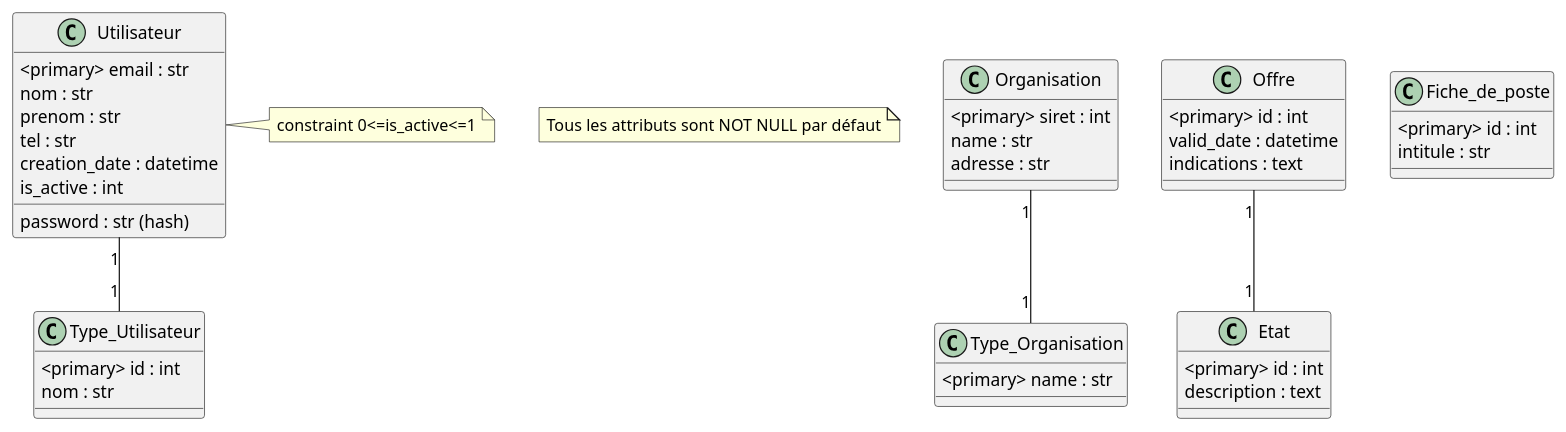
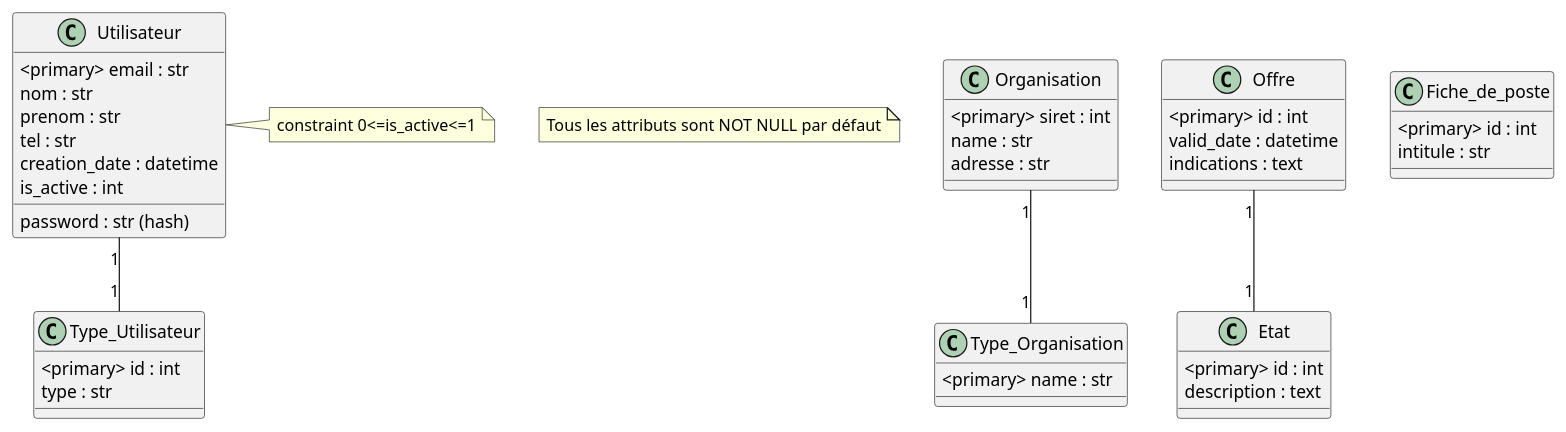
Before and after one commit to alexandreeberhardt/SR10_Website: the diagram in TD1/UML.puml, drawn with PlantUML. The commit also changed 1 other file, not shown here.

```diff
--- a/TD1/UML.puml
+++ b/TD1/UML.puml
@@ -1,54 +1,54 @@
 @startuml
 note "Tous les attributs sont NOT NULL par défaut" as note
 
 
 class Type_Utilisateur{
   <primary> id : int 
-  nom : str
+  type : str
 }
 
 
 class Utilisateur{
   <primary> email : str
   password : str (hash)
   nom : str
   prenom : str
   tel : str
   creation_date : datetime
   is_active : int
 }
 note right
   constraint 0<=is_active<=1
 end note
 
 class Type_Organisation{
   <primary> name : str
 }
 
 class Organisation{
   <primary> siret : int
   name : str
   adresse : str
 }
 
 class Etat{
   <primary> id : int
   description : text
 }
 
 class Offre{
   <primary> id : int
   valid_date : datetime
   indications : text
 }
 
 class Fiche_de_poste{
   <primary> id : int
   intitule : str
 
 }
 
 Offre "1" -- "1" Etat
 Utilisateur "1" -- "1" Type_Utilisateur
 Organisation "1" -- "1" Type_Organisation
 @enduml
```
